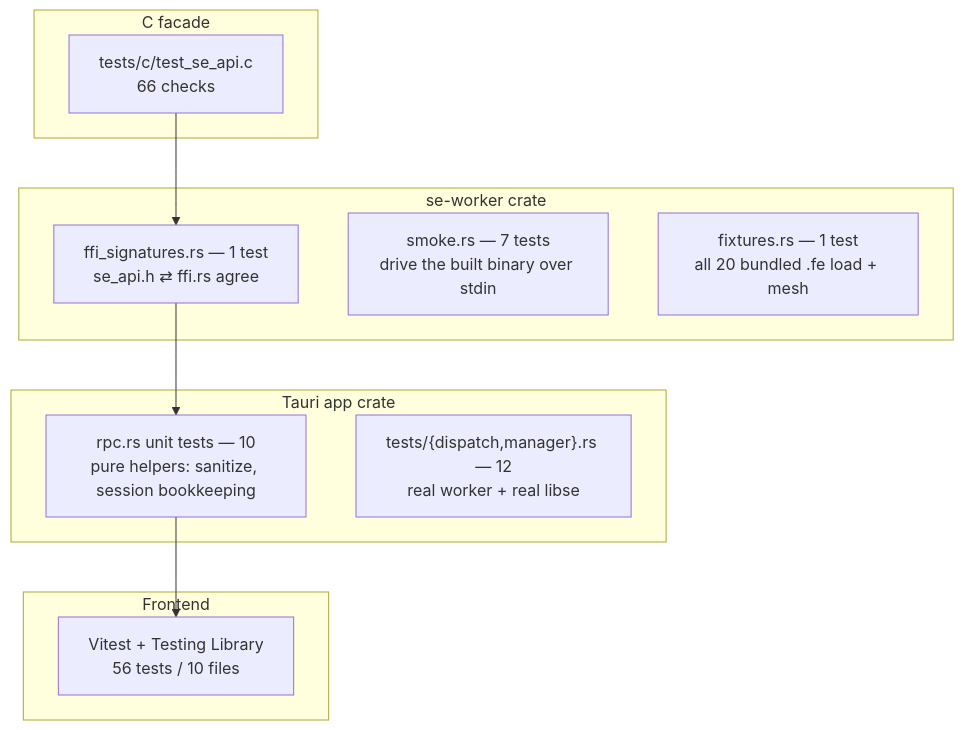
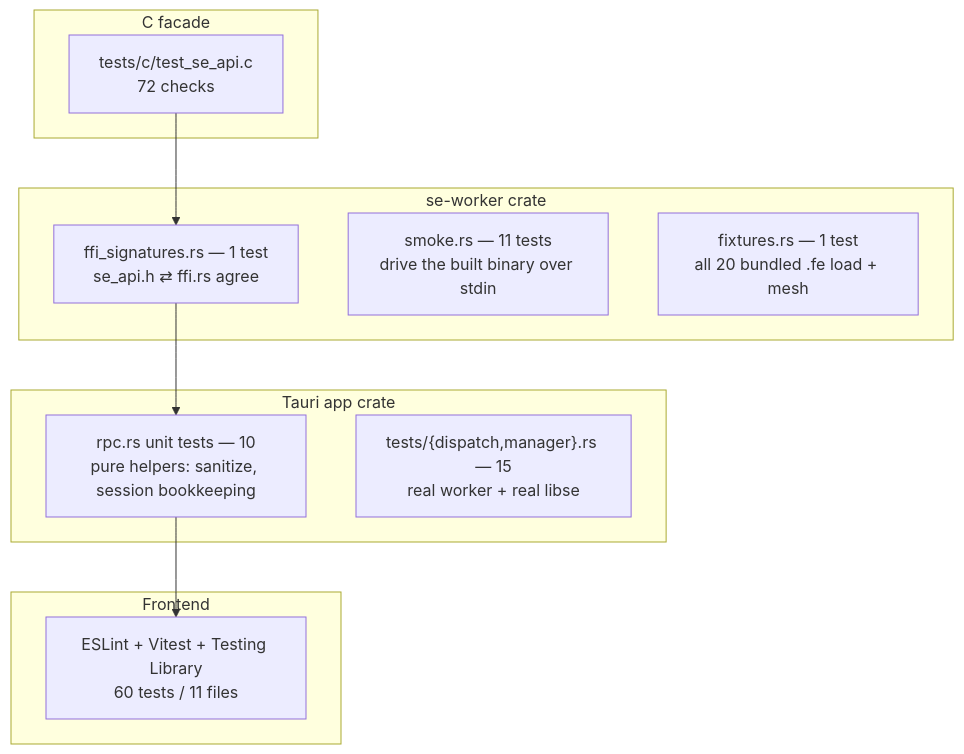
Before and after one commit to sersergious/surface-evolver: the fifth of 6 diagrams in ARCHITECTURE.md, drawn with Mermaid. The commit also changed other lines of this file and 17 other files, not shown here.

````diff
--- a/ARCHITECTURE.md
+++ b/ARCHITECTURE.md
@@ -266,19 +266,19 @@
 ```mermaid
 flowchart TB
     subgraph C["C facade"]
-        CT["tests/c/test_se_api.c<br/>66 checks"]
+        CT["tests/c/test_se_api.c<br/>72 checks"]
     end
     subgraph Worker["se-worker crate"]
         WF["ffi_signatures.rs — 1 test<br/>se_api.h ⇄ ffi.rs agree"]
-        WS["smoke.rs — 7 tests<br/>drive the built binary over stdin"]
+        WS["smoke.rs — 11 tests<br/>drive the built binary over stdin"]
         WX["fixtures.rs — 1 test<br/>all 20 bundled .fe load + mesh"]
     end
     subgraph App["Tauri app crate"]
         AU["rpc.rs unit tests — 10<br/>pure helpers: sanitize, session bookkeeping"]
-        AI["tests/{dispatch,manager}.rs — 12<br/>real worker + real libse"]
+        AI["tests/{dispatch,manager}.rs — 15<br/>real worker + real libse"]
     end
     subgraph FE["Frontend"]
-        FT["Vitest + Testing Library<br/>56 tests / 10 files"]
+        FT["ESLint + Vitest + Testing Library<br/>60 tests / 11 files"]
     end
     CT --> WF --> AU --> FT
 ```
````
